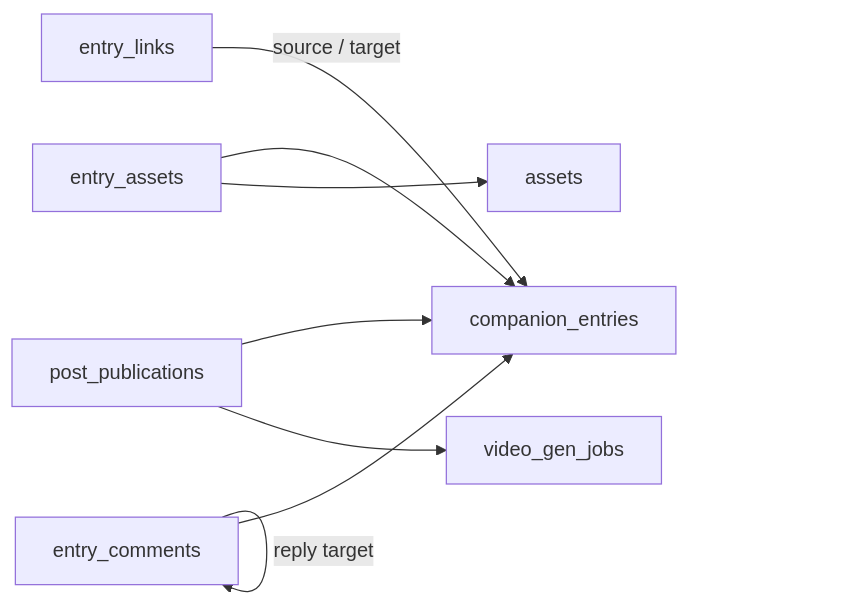
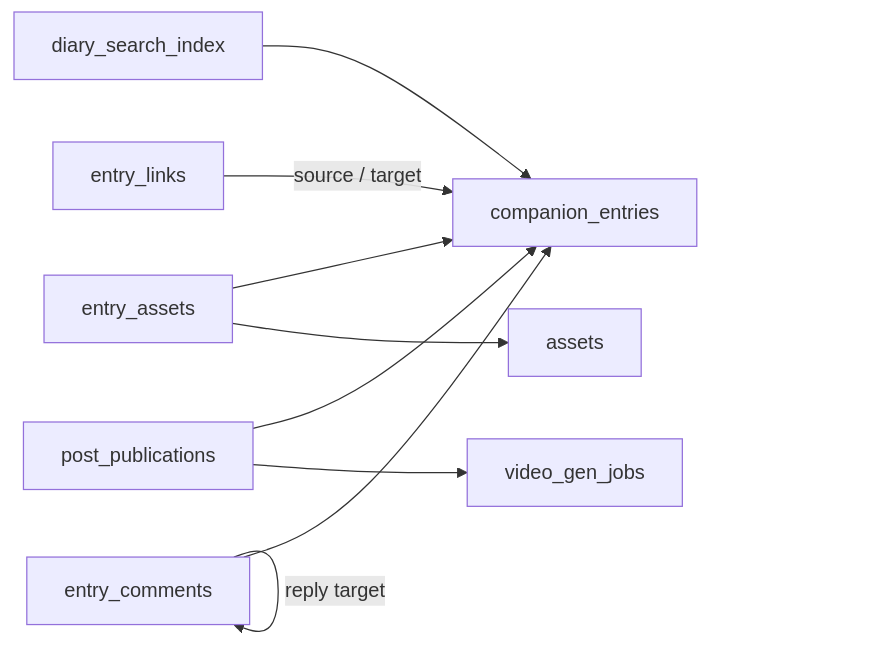
Before and after one commit to yangjinming1062/SpiritAgent: the sixth of 8 diagrams in docs/DATABASE.md, drawn with Mermaid. The commit also changed other lines of this file and 104 other files, not shown here.

````diff
--- a/docs/DATABASE.md
+++ b/docs/DATABASE.md
@@ -113,10 +113,11 @@
 ```mermaid
 flowchart LR
+    diary_search_index --> companion_entries
     entry_links -->|source / target| companion_entries
     entry_comments --> companion_entries
     entry_comments -->|reply target| entry_comments
     entry_assets --> companion_entries
     entry_assets --> assets
     post_publications --> companion_entries
     post_publications --> video_gen_jobs
 ```
````
